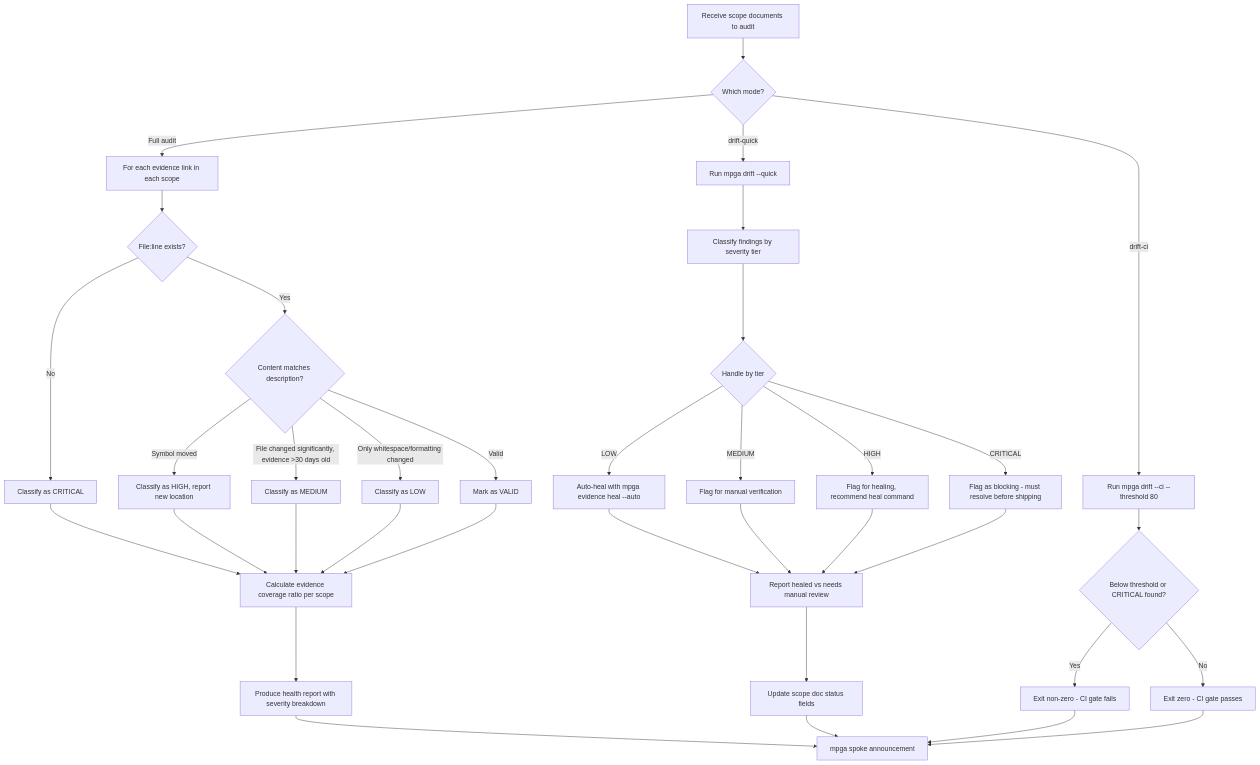
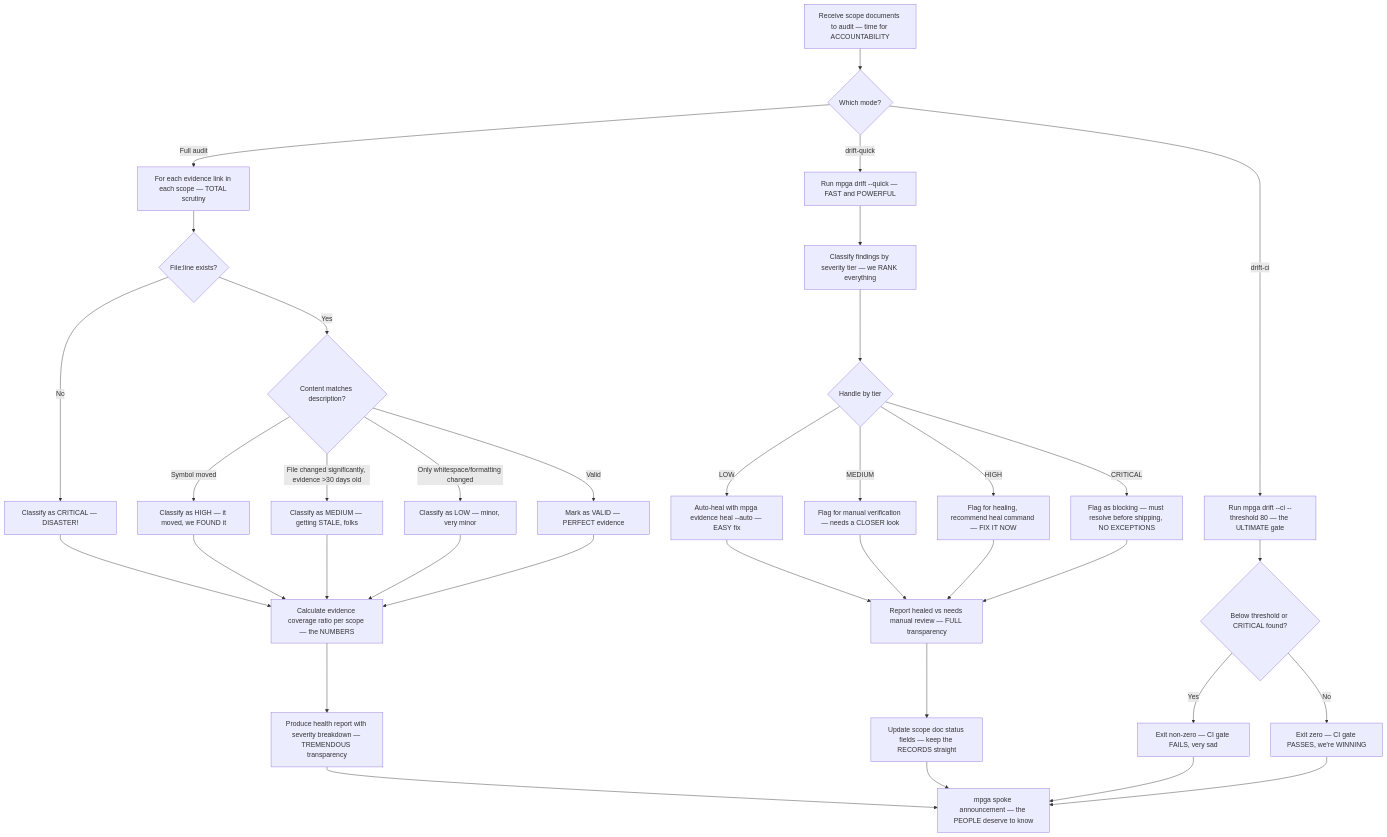
Before and after one commit to benrben/MPGA: the diagram in docs/diagrams/agents/auditor.md, drawn with Mermaid. The commit also changed other lines of this file and 28 other files, not shown here.

First line of the commit message:
style: Trumpify all workflow diagrams — TREMENDOUS Mermaid charts

````diff
--- a/docs/diagrams/agents/auditor.md
+++ b/docs/diagrams/agents/auditor.md
@@ -5,38 +5,38 @@
 ```mermaid
 flowchart TD
-    A[Receive scope documents to audit] --> B{Which mode?}
-    B -->|Full audit| C[For each evidence link in each scope]
-    B -->|drift-quick| D[Run mpga drift --quick]
-    B -->|drift-ci| E[Run mpga drift --ci --threshold 80]
+    A[Receive scope documents to audit — time for ACCOUNTABILITY] --> B{Which mode?}
+    B -->|Full audit| C[For each evidence link in each scope — TOTAL scrutiny]
+    B -->|drift-quick| D[Run mpga drift --quick — FAST and POWERFUL]
+    B -->|drift-ci| E[Run mpga drift --ci --threshold 80 — the ULTIMATE gate]
     C --> F{File:line exists?}
-    F -->|No| G["Classify as CRITICAL"]
+    F -->|No| G["Classify as CRITICAL — DISASTER!"]
     F -->|Yes| H{Content matches description?}
-    H -->|Symbol moved| I["Classify as HIGH, report new location"]
-    H -->|File changed significantly, evidence >30 days old| J["Classify as MEDIUM"]
-    H -->|Only whitespace/formatting changed| K["Classify as LOW"]
-    H -->|Valid| L["Mark as VALID"]
-    G --> M[Calculate evidence coverage ratio per scope]
+    H -->|Symbol moved| I["Classify as HIGH — it moved, we FOUND it"]
+    H -->|File changed significantly, evidence >30 days old| J["Classify as MEDIUM — getting STALE, folks"]
+    H -->|Only whitespace/formatting changed| K["Classify as LOW — minor, very minor"]
+    H -->|Valid| L["Mark as VALID — PERFECT evidence"]
+    G --> M[Calculate evidence coverage ratio per scope — the NUMBERS]
     I --> M
     J --> M
     K --> M
     L --> M
-    M --> N[Produce health report with severity breakdown]
-    D --> O[Classify findings by severity tier]
+    M --> N[Produce health report with severity breakdown — TREMENDOUS transparency]
+    D --> O[Classify findings by severity tier — we RANK everything]
     O --> P{Handle by tier}
-    P -->|LOW| Q[Auto-heal with mpga evidence heal --auto]
-    P -->|MEDIUM| R[Flag for manual verification]
-    P -->|HIGH| S[Flag for healing, recommend heal command]
-    P -->|CRITICAL| T[Flag as blocking - must resolve before shipping]
-    Q --> U[Report healed vs needs manual review]
+    P -->|LOW| Q[Auto-heal with mpga evidence heal --auto — EASY fix]
+    P -->|MEDIUM| R[Flag for manual verification — needs a CLOSER look]
+    P -->|HIGH| S[Flag for healing, recommend heal command — FIX IT NOW]
+    P -->|CRITICAL| T[Flag as blocking — must resolve before shipping, NO EXCEPTIONS]
+    Q --> U[Report healed vs needs manual review — FULL transparency]
     R --> U
     S --> U
     T --> U
-    U --> V[Update scope doc status fields]
+    U --> V[Update scope doc status fields — keep the RECORDS straight]
     E --> W{Below threshold or CRITICAL found?}
-    W -->|Yes| X[Exit non-zero - CI gate fails]
-    W -->|No| Y[Exit zero - CI gate passes]
-    N --> Z[mpga spoke announcement]
+    W -->|Yes| X[Exit non-zero — CI gate FAILS, very sad]
+    W -->|No| Y[Exit zero — CI gate PASSES, we're WINNING]
+    N --> Z[mpga spoke announcement — the PEOPLE deserve to know]
     V --> Z
     X --> Z
     Y --> Z
 ```
````
